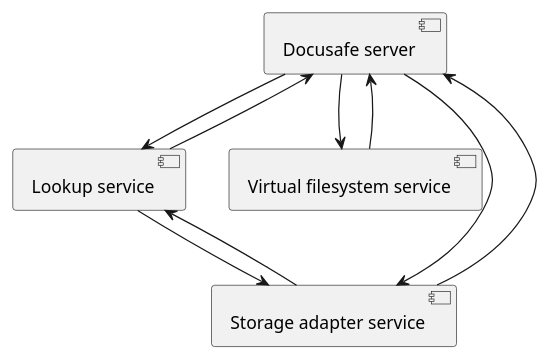
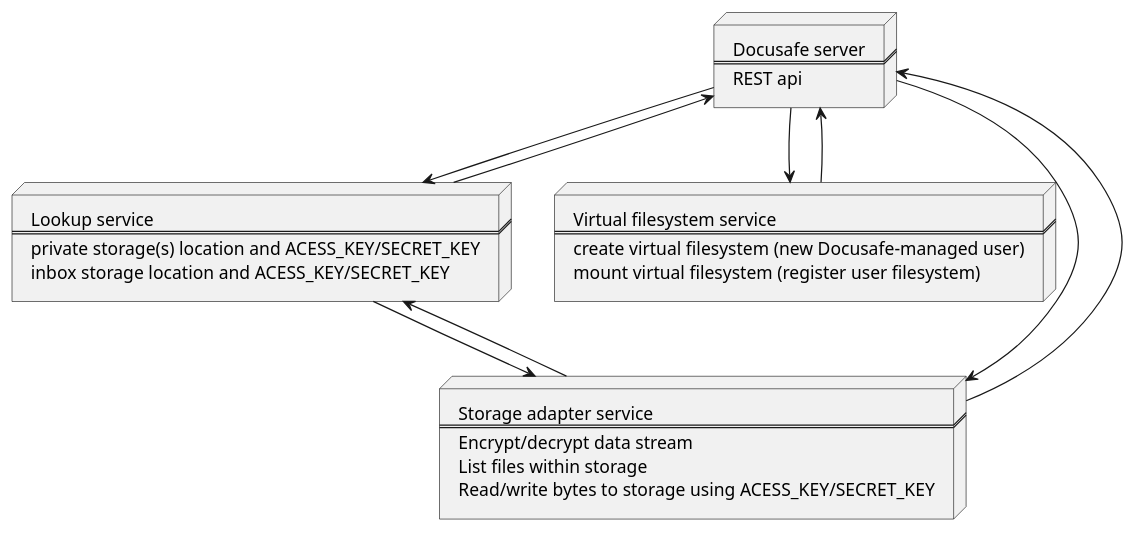
The diagram in docs/diagrams/top_level.puml (adorsys/datasafe), drawn with PlantUML before and after one commit.

Commit message:
More details into top-level view

```diff
--- a/docs/diagrams/top_level.puml
+++ b/docs/diagrams/top_level.puml
@@ -1,16 +1,36 @@
 @startuml
 
-component "Docusafe server" as ds
-component "Lookup service" as ls
-component "Virtual filesystem service" as vfs
-component "Storage adapter service" as sas
+node ds [
+  Docusafe server
+  ===
+  REST api
+]
+node ls [
+  Lookup service
+  ===
+  private storage(s) location and ACESS_KEY/SECRET_KEY
+  inbox storage location and ACESS_KEY/SECRET_KEY
+]
+node vfs [
+  Virtual filesystem service
+  ===
+  create virtual filesystem (new Docusafe-managed user)
+  mount virtual filesystem (register user filesystem)
+]
+node sas [
+  Storage adapter service
+  ===
+  Encrypt/decrypt data stream
+  List files within storage
+  Read/write bytes to storage using ACESS_KEY/SECRET_KEY
+]
 
 ds -down-> ls
 ls -down-> ds
 ds -down-> vfs
 vfs -down-> ds
 ds -down-> sas
 sas -down-> ds
 ls -down-> sas
 sas -down-> ls
 @enduml
```
